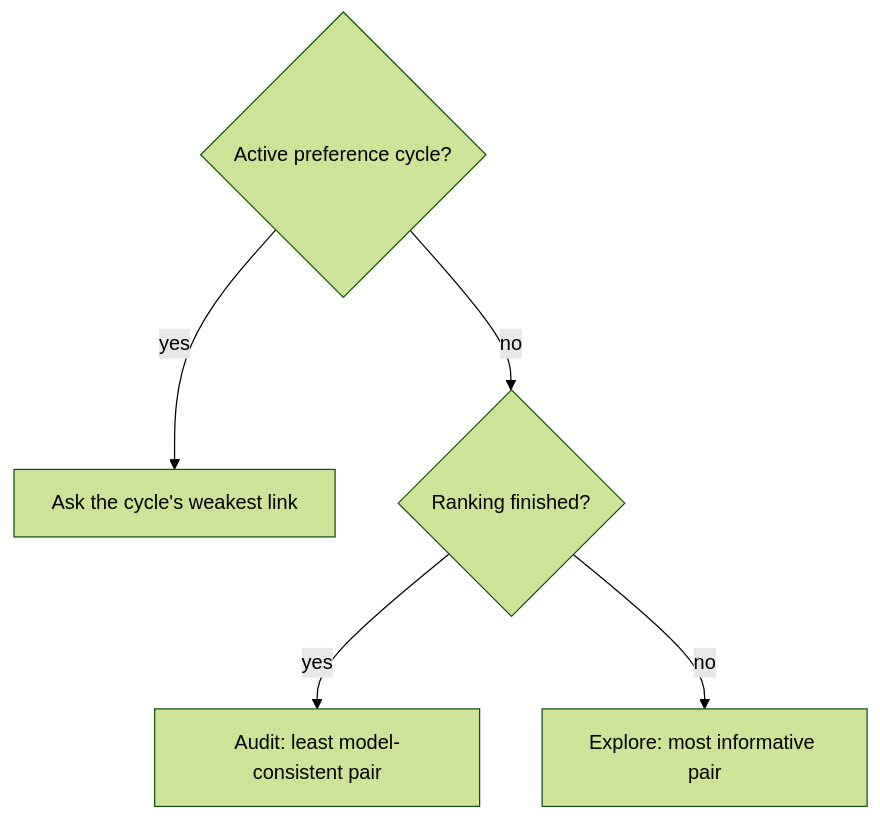
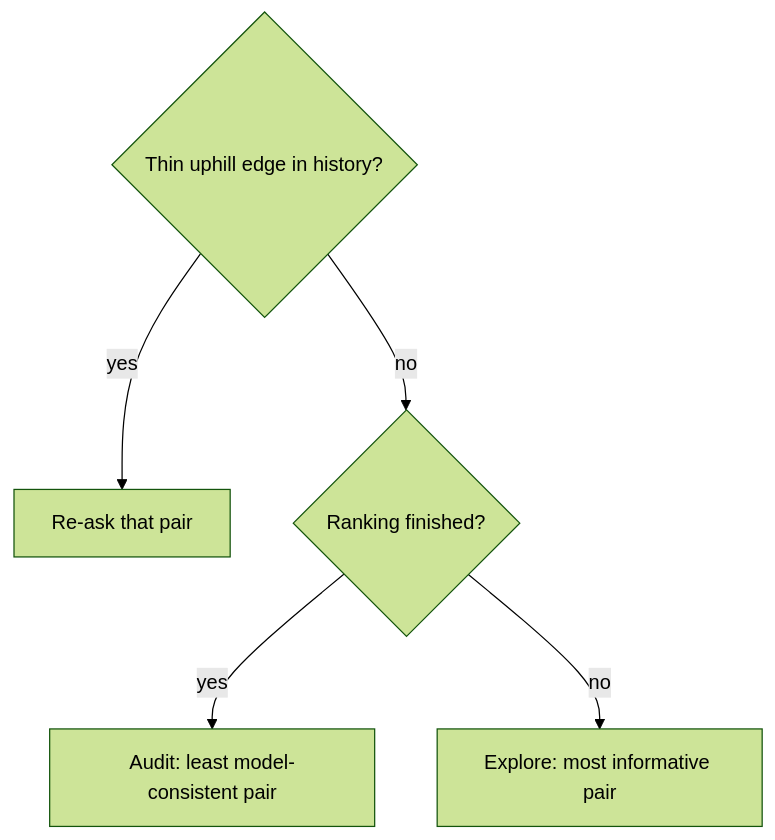
One commit to sgaliamov/keyvolve changed the second of 3 diagrams in docs/rank-mode.md. Above: the diagram before and after it, drawn with Mermaid (forest theme). The commit also changed other lines of this file and 6 other files, not shown here.

Commit message:
refactor(rank): drop runtime cycle chasing, uphill audit covers it

````diff
--- a/docs/rank-mode.md
+++ b/docs/rank-mode.md
@@ -107,7 +105,7 @@
 ```mermaid
 flowchart TD
-    A{Active preference cycle?} -->|yes| W[Ask the cycle's weakest link]
-    A -->|no| F{Ranking finished?}
+    U{Thin uphill edge in history?} -->|yes| R[Re-ask that pair]
+    U -->|no| F{Ranking finished?}
     F -->|yes| AU[Audit: least model-consistent pair]
     F -->|no| E[Explore: most informative pair]
 ```
````
